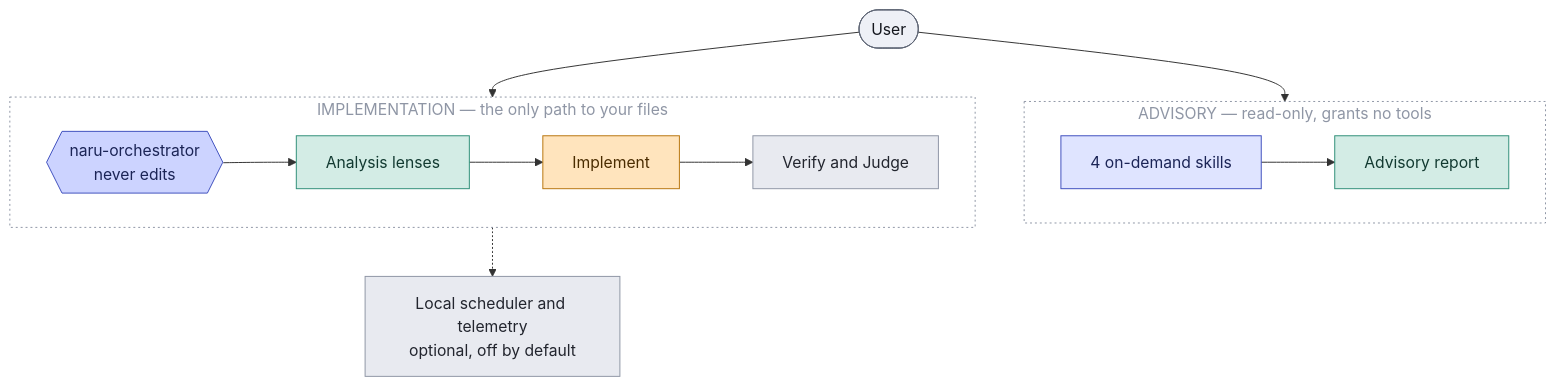
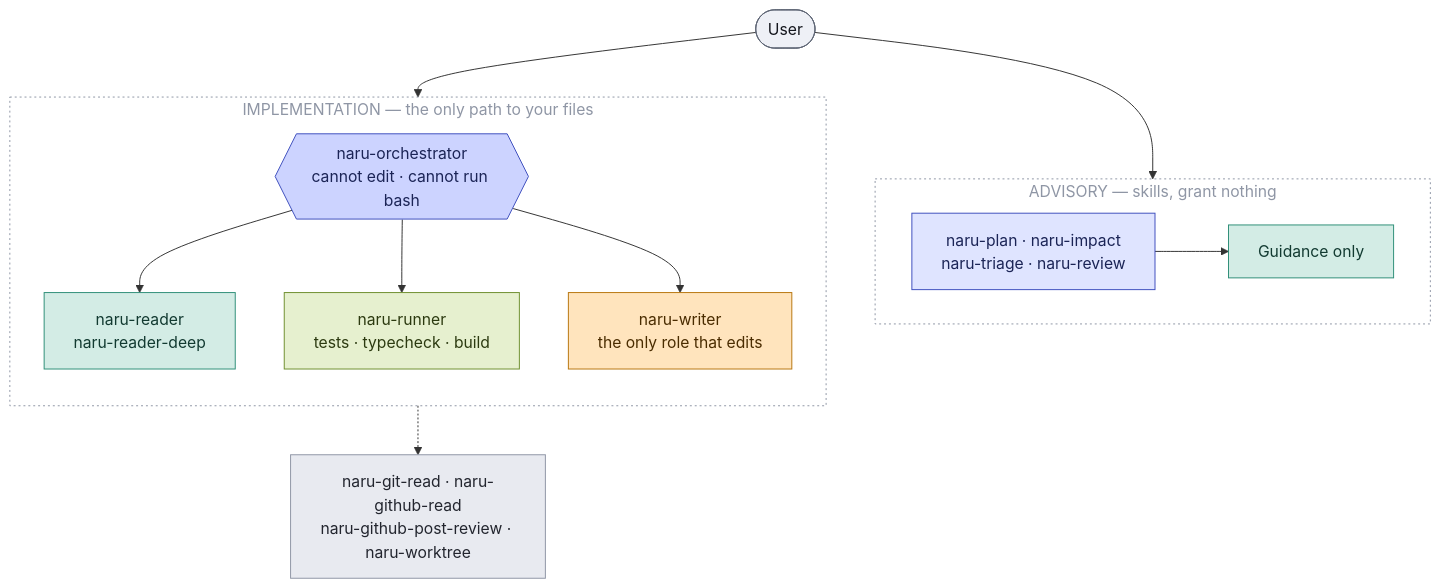
One commit to sean35mm/naru-opencode changed the diagram in docs/src/content/docs/index.mdx. Above: the diagram before and after it, drawn with Mermaid. The commit also changed other lines of this file and 24 other files, not shown here.

First line of the commit message:
docs: rewrite documentation for the v-next architecture

````diff
--- a/docs/src/content/docs/index.mdx
+++ b/docs/src/content/docs/index.mdx
@@ -20,32 +20,34 @@
 ```mermaid
 flowchart TB
   U(["User"]):::actor
 
-  subgraph advisory["ADVISORY — read-only, grants no tools"]
+  subgraph advisory["ADVISORY — skills, grant nothing"]
     direction LR
-    SK["4 on-demand skills"]:::entry --> AG["Advisory report"]:::read
+    SK["naru-plan · naru-impact<br/>naru-triage · naru-review"]:::entry --> AG["Guidance only"]:::read
   end
 
   subgraph impl["IMPLEMENTATION — the only path to your files"]
-    direction LR
-    ORC{{"naru-orchestrator<br/>never edits"}}:::coord --> AN["Analysis lenses"]:::read
-    AN --> IMP["Implement"]:::write
-    IMP --> VJ["Verify and Judge"]:::gate
+    direction TB
+    ORC{{"naru-orchestrator<br/>cannot edit · cannot run bash"}}:::coord
+    ORC --> RD["naru-reader<br/>naru-reader-deep"]:::read
+    ORC --> RUN["naru-runner<br/>tests · typecheck · build"]:::shell
+    ORC --> WR["naru-writer<br/>the only role that edits"]:::write
   end
 
-  SCH["Local scheduler and telemetry<br/>optional, off by default"]:::gate
+  TL["naru-git-read · naru-github-read<br/>naru-github-post-review · naru-worktree"]:::gate
 
   U --> SK
   U --> ORC
-  ORC -.-> SCH
+  ORC -.-> TL
 
   style advisory fill:none,stroke:#8f96a5,stroke-dasharray:2 3,color:#8f96a5
   style impl fill:none,stroke:#8f96a5,stroke-dasharray:2 3,color:#8f96a5
 
   classDef actor fill:#eef0f6,stroke:#5f6675,color:#14161d
   classDef entry fill:#dfe4ff,stroke:#3f4fbe,color:#1b2456
   classDef coord fill:#ccd3ff,stroke:#3f4fbe,color:#1b2456
   classDef read fill:#d3ece5,stroke:#2f8f78,color:#123a31
+  classDef shell fill:#e6f0cf,stroke:#6f8f2f,color:#2c3a10
   classDef write fill:#ffe4bd,stroke:#b8760f,color:#4a2c00
   classDef gate fill:#e8eaf0,stroke:#8f96a5,color:#22252e
 ```
````
